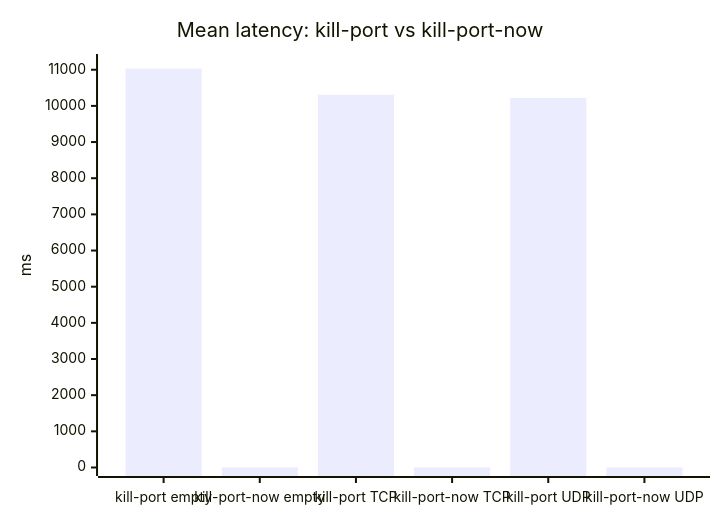
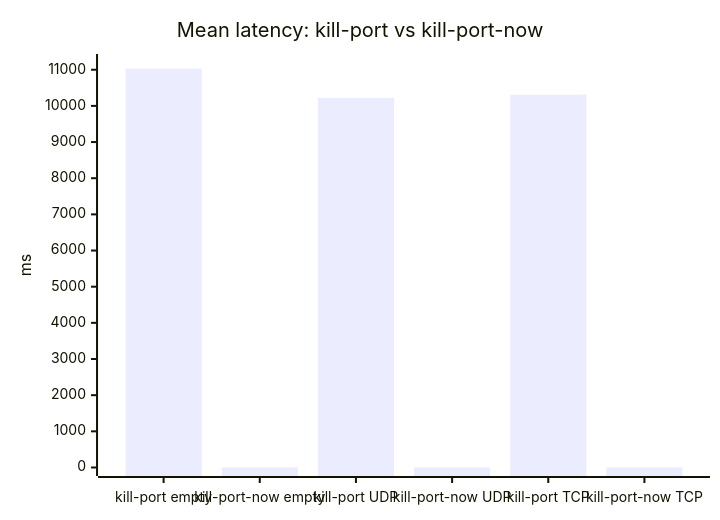
Before and after one commit to ocodista/kill-port-now: the second of 2 diagrams in README.md, drawn with Mermaid. The commit also changed other lines of this file and 5 other files, not shown here.

````diff
--- a/README.md
+++ b/README.md
@@ -62,7 +62,7 @@
 ```mermaid
 xychart-beta
   title "Mean latency: kill-port vs kill-port-now"
-  x-axis ["kill-port empty", "kill-port-now empty", "kill-port TCP", "kill-port-now TCP", "kill-port UDP", "kill-port-now UDP"]
+  x-axis ["kill-port empty", "kill-port-now empty", "kill-port UDP", "kill-port-now UDP", "kill-port TCP", "kill-port-now TCP"]
   y-axis "ms" 0 --> 11200
-  bar [11032.29, 3.02, 10311.02, 3.24, 10219.75, 3.25]
+  bar [11032.29, 3.02, 10219.75, 3.25, 10311.02, 3.24]
 ```
````
